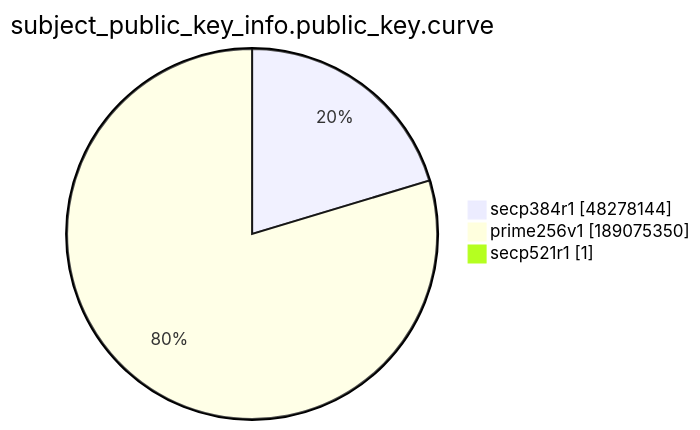
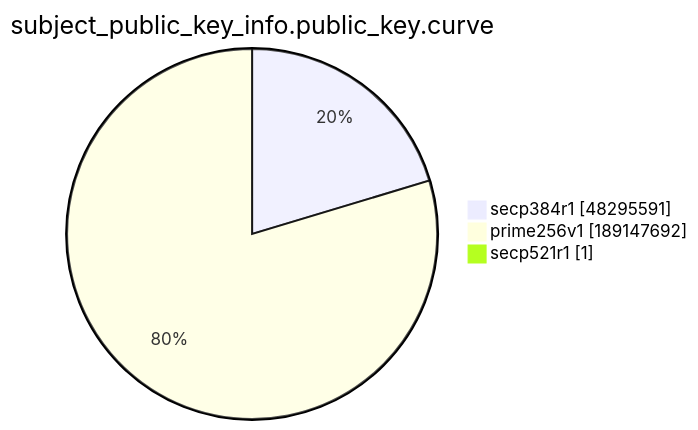
Before and after one commit to christiankrug/ctmonitor_visualization: the ninth of 15 diagrams in xenon2022/README.md, drawn with Mermaid. The commit also changed other lines of this file, not shown here.

````diff
--- a/xenon2022/README.md
+++ b/xenon2022/README.md
@@ -2874,7 +2874,7 @@
 ```mermaid
 pie showData
 title subject_public_key_info.public_key.curve
-"secp384r1" :48278144
-"prime256v1" :189075350
+"secp384r1" :48295591
+"prime256v1" :189147692
 "secp521r1" :1
 ```
````
